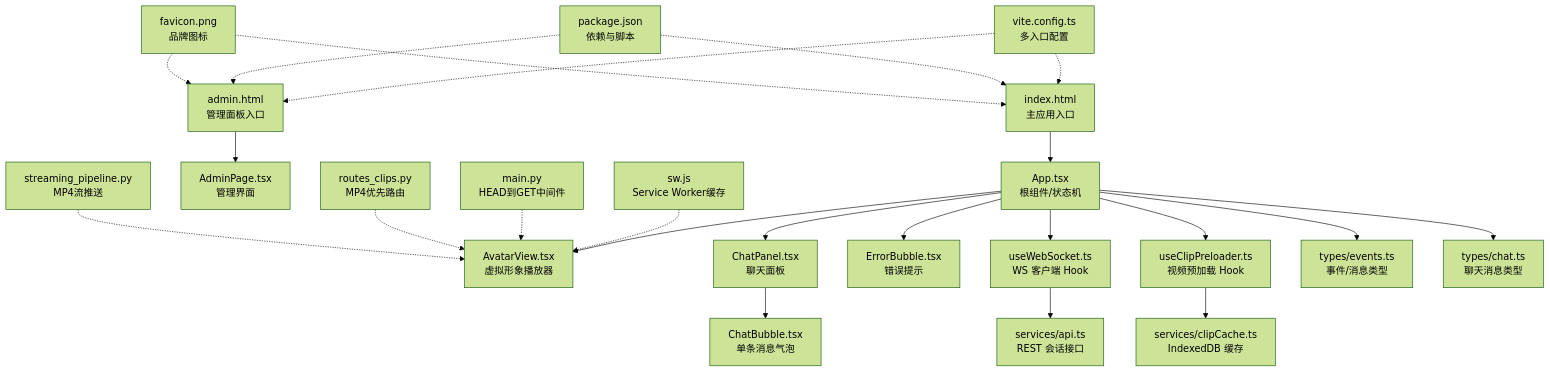
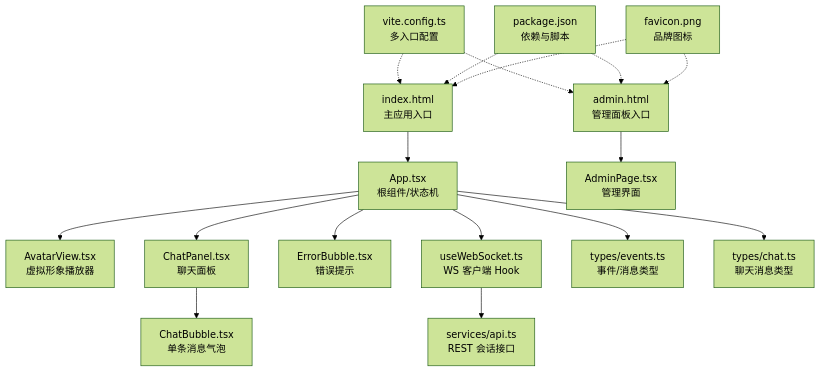
The first of 7 diagrams in .qoder/repowiki/zh/content/前端应用/前端应用.md (leo21cn/real-time-talk), drawn with Mermaid (forest theme) before and after one commit. The commit also changed other lines of this file and 21 other files, not shown here.

````diff
--- a/.qoder/repowiki/zh/content/前端应用/前端应用.md
+++ b/.qoder/repowiki/zh/content/前端应用/前端应用.md
@@ -70,25 +62,19 @@
 ```mermaid
 graph TB
 A["index.html<br/>主应用入口"] --> B["App.tsx<br/>根组件/状态机"]
 C["admin.html<br/>管理面板入口"] --> D["AdminPage.tsx<br/>管理界面"]
 B --> E["AvatarView.tsx<br/>虚拟形象播放器"]
 B --> F["ChatPanel.tsx<br/>聊天面板"]
 F --> G["ChatBubble.tsx<br/>单条消息气泡"]
 B --> H["ErrorBubble.tsx<br/>错误提示"]
 B --> I["useWebSocket.ts<br/>WS 客户端 Hook"]
-B --> J["useClipPreloader.ts<br/>视频预加载 Hook"]
-I --> K["services/api.ts<br/>REST 会话接口"]
-J --> L["services/clipCache.ts<br/>IndexedDB 缓存"]
-B --> M["types/events.ts<br/>事件/消息类型"]
-B --> N["types/chat.ts<br/>聊天消息类型"]
-O["vite.config.ts<br/>多入口配置"] -.-> A
+I --> J["services/api.ts<br/>REST 会话接口"]
+B --> K["types/events.ts<br/>事件/消息类型"]
+B --> L["types/chat.ts<br/>聊天消息类型"]
+M["vite.config.ts<br/>多入口配置"] -.-> A
+M -.-> C
+N["package.json<br/>依赖与脚本"] -.-> A
+N -.-> C
+O["favicon.png<br/>品牌图标"] -.-> A
 O -.-> C
-P["package.json<br/>依赖与脚本"] -.-> A
-P -.-> C
-Q["favicon.png<br/>品牌图标"] -.-> A
-Q -.-> C
-R["sw.js<br/>Service Worker缓存"] -.-> E
-S["main.py<br/>HEAD到GET中间件"] -.-> E
-T["routes_clips.py<br/>MP4优先路由"] -.-> E
-U["streaming_pipeline.py<br/>MP4流推送"] -.-> E
 ```
````
